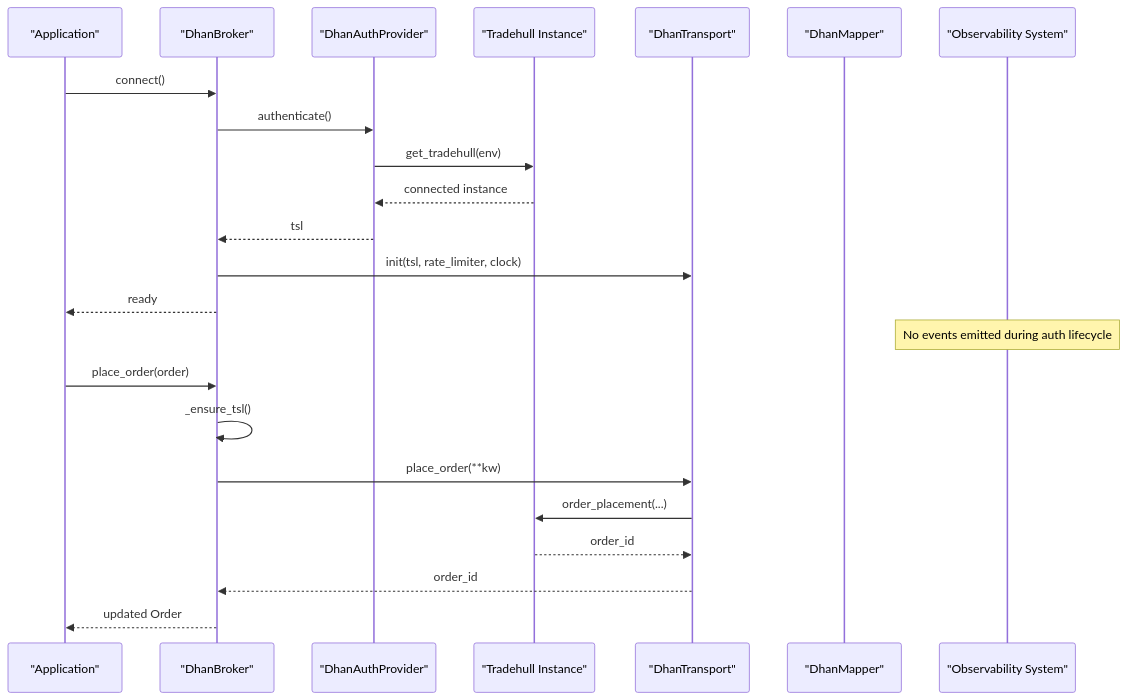
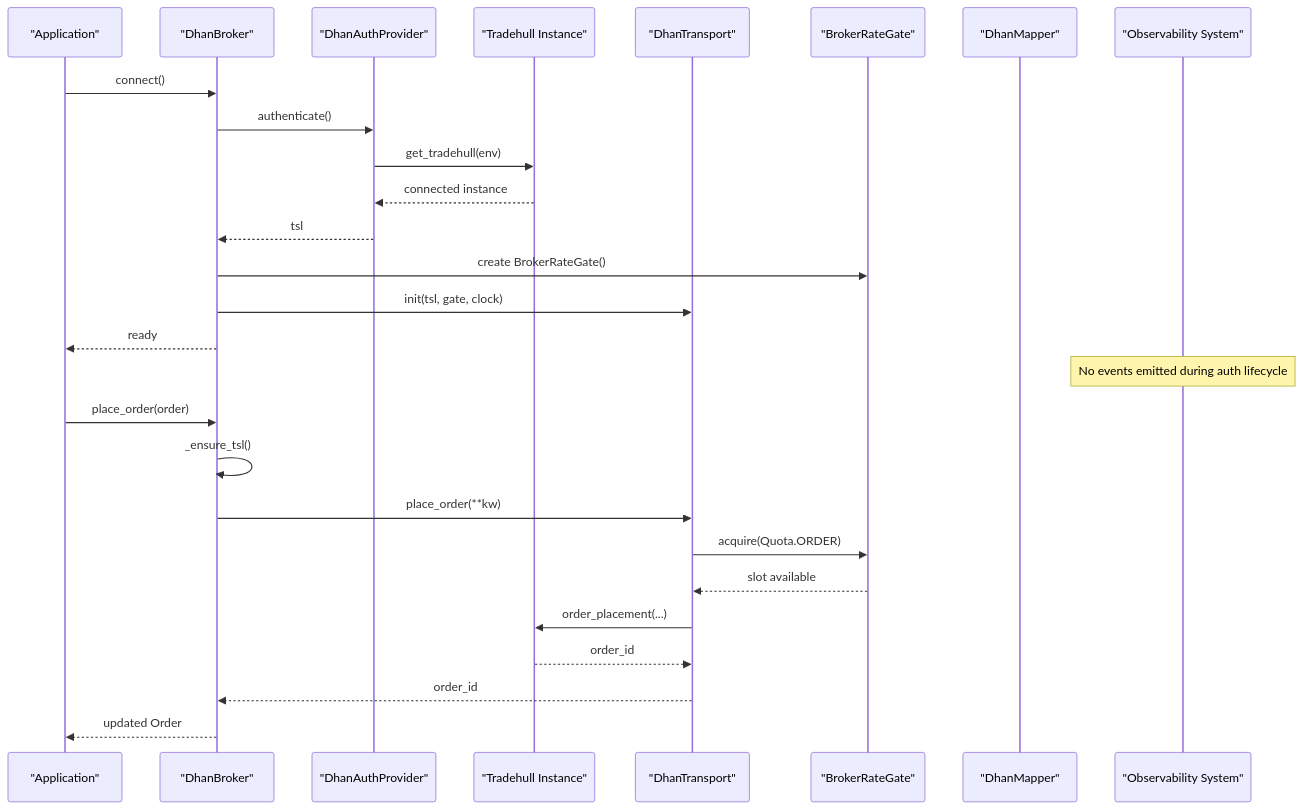
The second of 14 diagrams in .qoder/repowiki/en/content/Broker Integration/Dhan Broker Implementation.md (Ganesh-Kusundal/nTrade), drawn with Mermaid before and after one commit. The commit also changed other lines of this file and 203 other files, not shown here.

First line of the commit message:
review findings sweep: depth retry, LTP failure guard, stale-refresh fix, rate-gate blocked heuristic

````diff
--- a/.qoder/repowiki/en/content/Broker Integration/Dhan Broker Implementation.md
+++ b/.qoder/repowiki/en/content/Broker Integration/Dhan Broker Implementation.md
@@ -129,25 +150,29 @@
 ```mermaid
 sequenceDiagram
 participant App as "Application"
 participant Broker as "DhanBroker"
 participant Auth as "DhanAuthProvider"
 participant TSL as "Tradehull Instance"
 participant Trans as "DhanTransport"
+participant Gate as "BrokerRateGate"
 participant Map as "DhanMapper"
 participant Obs as "Observability System"
 App->>Broker : connect()
 Broker->>Auth : authenticate()
 Auth->>TSL : get_tradehull(env)
 TSL-->>Auth : connected instance
 Auth-->>Broker : tsl
-Broker->>Trans : init(tsl, rate_limiter, clock)
+Broker->>Gate : create BrokerRateGate()
+Broker->>Trans : init(tsl, gate, clock)
 Broker-->>App : ready
 Note over Obs : No events emitted during auth lifecycle
 App->>Broker : place_order(order)
 Broker->>Broker : _ensure_tsl()
 Broker->>Trans : place_order(**kw)
+Trans->>Gate : acquire(Quota.ORDER)
+Gate-->>Trans : slot available
 Trans->>TSL : order_placement(...)
 TSL-->>Trans : order_id
 Trans-->>Broker : order_id
 Broker-->>App : updated Order
 ```
````
